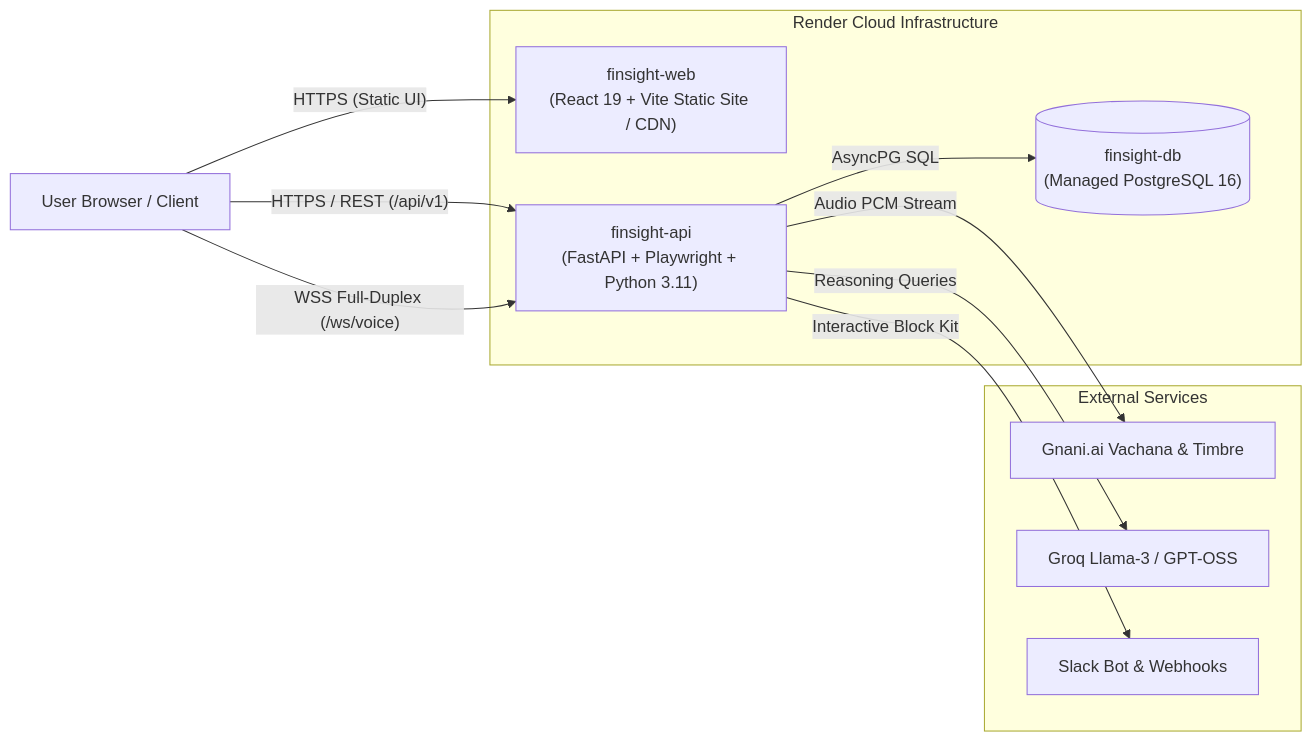
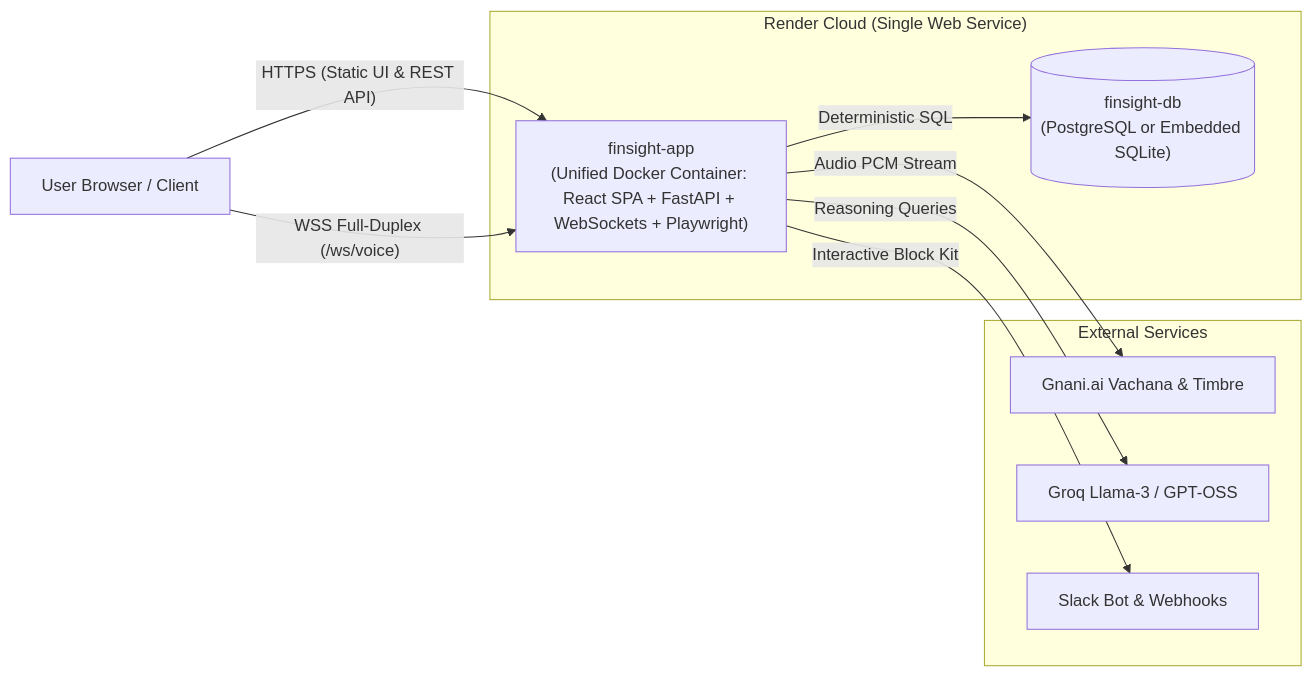
One commit to hiensenberg05/FinSight- changed the diagram in DEPLOYMENT.md. Above: the diagram before and after it, drawn with Mermaid. The commit also changed other lines of this file and 9 other files, not shown here.

Commit message:
feat(docker): unify frontend and backend into single multi-stage docker container

````diff
--- a/DEPLOYMENT.md
+++ b/DEPLOYMENT.md
@@ -21,24 +22,22 @@
 ```mermaid
 flowchart LR
     Browser["User Browser / Client"]
     
-    subgraph Cloud ["Render Cloud Infrastructure"]
-        Frontend["finsight-web\n(React 19 + Vite Static Site / CDN)"]
-        Backend["finsight-api\n(FastAPI + Playwright + Python 3.11)"]
-        Database[("finsight-db\n(Managed PostgreSQL 16)")]
+    subgraph Cloud ["Render Cloud (Single Web Service)"]
+        Unified["finsight-app\n(Unified Docker Container: React SPA + FastAPI + WebSockets + Playwright)"]
+        Database[("finsight-db\n(PostgreSQL or Embedded SQLite)")]
     end
 
     subgraph External ["External Services"]
         Gnani["Gnani.ai Vachana & Timbre"]
         Groq["Groq Llama-3 / GPT-OSS"]
         Slack["Slack Bot & Webhooks"]
     end
 
-    Browser -- HTTPS (Static UI) --> Frontend
-    Browser -- HTTPS / REST (/api/v1) --> Backend
-    Browser -- WSS Full-Duplex (/ws/voice) --> Backend
-    Backend -- AsyncPG SQL --> Database
-    Backend -- Audio PCM Stream --> Gnani
-    Backend -- Reasoning Queries --> Groq
-    Backend -- Interactive Block Kit --> Slack
+    Browser -- HTTPS (Static UI & REST API) --> Unified
+    Browser -- WSS Full-Duplex (/ws/voice) --> Unified
+    Unified -- Deterministic SQL --> Database
+    Unified -- Audio PCM Stream --> Gnani
+    Unified -- Reasoning Queries --> Groq
+    Unified -- Interactive Block Kit --> Slack
 ```
````
